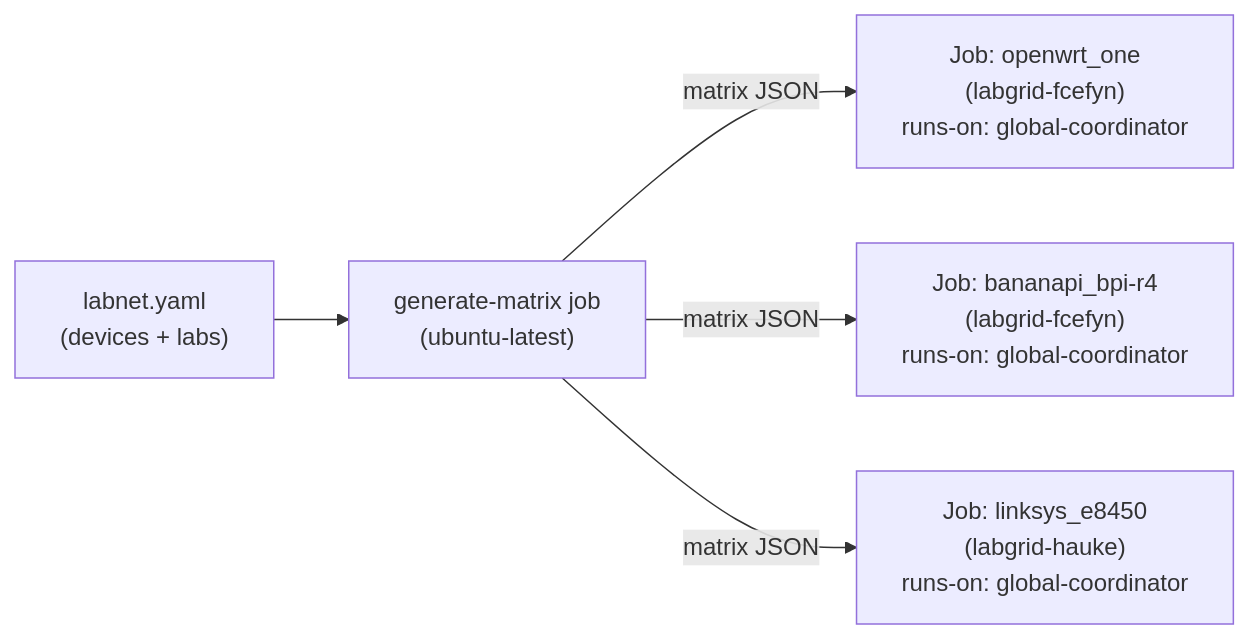
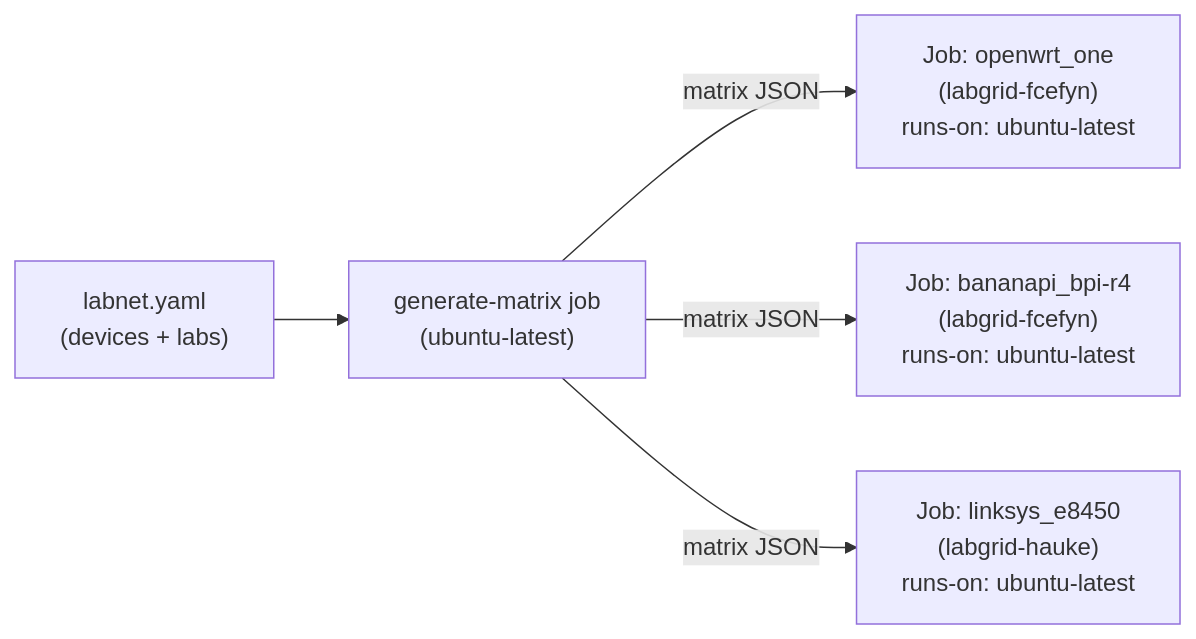
Before and after one commit to ccasanueva7/fcefyn_testbed_utils: the second of 4 diagrams in docs/diseno/openwrt-tests-ci-flow.md, drawn with Mermaid. The commit also changed other lines of this file and 9 other files, not shown here.

````diff
--- a/docs/diseno/openwrt-tests-ci-flow.md
+++ b/docs/diseno/openwrt-tests-ci-flow.md
@@ -84,13 +90,13 @@
 ```mermaid
 flowchart LR
     LN["labnet.yaml\n(devices + labs)"]
     GM["generate-matrix job\n(ubuntu-latest)"]
-    J1["Job: openwrt_one\n(labgrid-fcefyn)\nruns-on: global-coordinator"]
-    J2["Job: bananapi_bpi-r4\n(labgrid-fcefyn)\nruns-on: global-coordinator"]
-    J3["Job: linksys_e8450\n(labgrid-hauke)\nruns-on: global-coordinator"]
+    J1["Job: openwrt_one\n(labgrid-fcefyn)\nruns-on: ubuntu-latest"]
+    J2["Job: bananapi_bpi-r4\n(labgrid-fcefyn)\nruns-on: ubuntu-latest"]
+    J3["Job: linksys_e8450\n(labgrid-hauke)\nruns-on: ubuntu-latest"]
 
     LN --> GM
     GM -- "matrix JSON" --> J1
     GM -- "matrix JSON" --> J2
     GM -- "matrix JSON" --> J3
 ```
````
